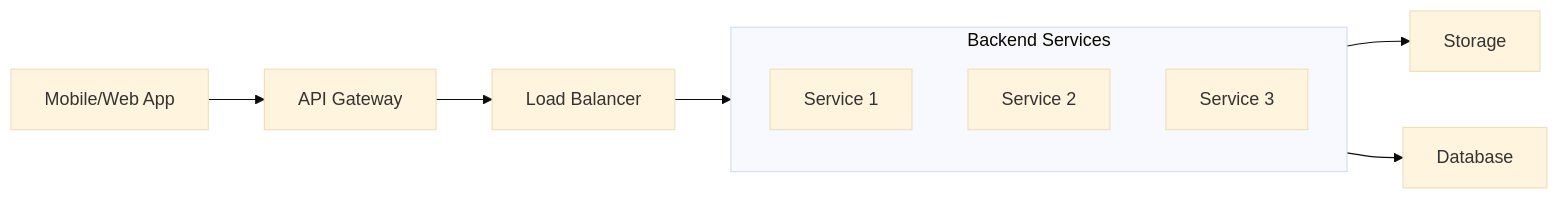
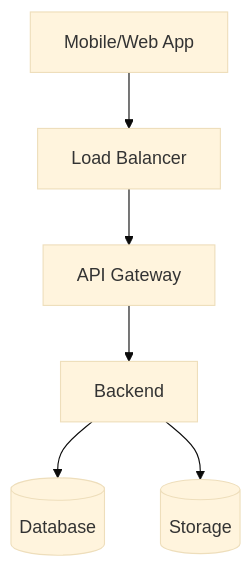
One commit to JPratama7/scratches-docs changed the second of 7 diagrams in finance-pocket/README.md. Above: the diagram before and after it, drawn with Mermaid (base theme). The commit also changed other lines of this file, not shown here.

Commit message:
refactor: simplify diagram

````diff
--- a/finance-pocket/README.md
+++ b/finance-pocket/README.md
@@ -154,20 +153,15 @@
 ```mermaid
-flowchart LR
-    A[Mobile/Web App]
-    B[API Gateway]
-    C[Load Balancer]
-    E[Database]
-    F[Storage]
+flowchart TB
+    app[Mobile/Web App]
+    lb[Load Balancer]
+    gateway[API Gateway]
+    db[(Database)]
+    storage[(Storage)]
+    backend[Backend]
 
-    subgraph Backend[Backend Services]
-        D1[Service 1]
-        D2[Service 2]
-        D3[Service 3]
-    end
-
-    A --> B
-    B --> C
-    C --> Backend
-    Backend --> F
-    Backend --> E
+    app --> lb
+    lb --> gateway
+    gateway --> backend
+    backend --> db
+    backend --> storage
 ```
````
